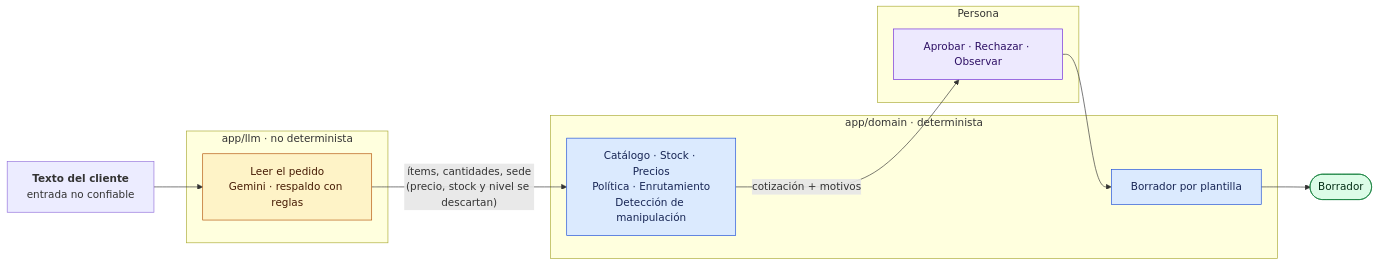
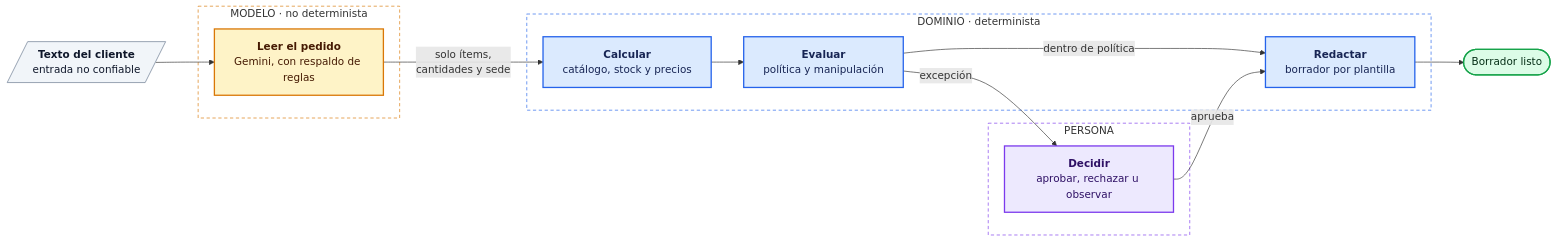
One commit to guisa17/quoteflow changed the first of 2 diagrams in README.md. Above: the diagram before and after it, drawn with Mermaid. The commit also changed other lines of this file and 1 other file, not shown here.

First line of the commit message:
docs(readme): rediseña los diagramas y simplifica la autoría

````diff
--- a/README.md
+++ b/README.md
@@ -109,32 +109,40 @@
 ```mermaid
 flowchart LR
-    texto["<b>Texto del cliente</b><br/>entrada no confiable"]
+    texto[/"<b>Texto del cliente</b><br/>entrada no confiable"/]
 
-    subgraph llm["app/llm · no determinista"]
-        interpretar["Leer el pedido<br/>Gemini · respaldo con reglas"]
+    subgraph modelo["MODELO · no determinista"]
+        leer["<b>Leer el pedido</b><br/>Gemini, con respaldo de reglas"]
     end
 
-    subgraph dominio["app/domain · determinista"]
-        reglas["Catálogo · Stock · Precios<br/>Política · Enrutamiento<br/>Detección de manipulación"]
-        redactar["Borrador por plantilla"]
+    subgraph dominio["DOMINIO · determinista"]
+        calcular["<b>Calcular</b><br/>catálogo, stock y precios"]
+        evaluar["<b>Evaluar</b><br/>política y manipulación"]
+        redactar["<b>Redactar</b><br/>borrador por plantilla"]
     end
 
-    subgraph humano["Persona"]
-        decidir["Aprobar · Rechazar · Observar"]
+    subgraph persona["PERSONA"]
+        aprobar["<b>Decidir</b><br/>aprobar, rechazar u observar"]
     end
 
-    texto --> interpretar
-    interpretar -->|"ítems, cantidades, sede<br/>(precio, stock y nivel se descartan)"| reglas
-    reglas -->|"cotización + motivos"| decidir
-    decidir --> redactar
-    redactar --> borrador(["Borrador"])
+    texto --> leer
+    leer -->|"solo ítems,<br/>cantidades y sede"| calcular
+    calcular --> evaluar
+    evaluar -->|"dentro de política"| redactar
+    evaluar -->|"excepción"| aprobar
+    aprobar -->|"aprueba"| redactar
+    redactar --> borrador(["Borrador listo"])
 
-    classDef llmc fill:#fef3c7,stroke:#b45309,color:#451a03
-    classDef detc fill:#dbeafe,stroke:#1d4ed8,color:#172554
-    classDef humc fill:#ede9fe,stroke:#6d28d9,color:#2e1065
-    classDef outc fill:#dcfce7,stroke:#15803d,color:#052e16
-    class interpretar llmc
-    class reglas,redactar detc
-    class decidir humc
-    class borrador outc
+    classDef entrada fill:#f1f5f9,stroke:#64748b,color:#0f172a
+    classDef llm fill:#fef3c7,stroke:#d97706,stroke-width:2px,color:#451a03
+    classDef det fill:#dbeafe,stroke:#2563eb,stroke-width:2px,color:#172554
+    classDef hum fill:#ede9fe,stroke:#7c3aed,stroke-width:2px,color:#2e1065
+    classDef ok fill:#dcfce7,stroke:#16a34a,stroke-width:2px,color:#052e16
+    class texto entrada
+    class leer llm
+    class calcular,evaluar,redactar det
+    class aprobar hum
+    class borrador ok
+    style modelo fill:transparent,stroke:#d97706,stroke-dasharray:5 4
+    style dominio fill:transparent,stroke:#2563eb,stroke-dasharray:5 4
+    style persona fill:transparent,stroke:#7c3aed,stroke-dasharray:5 4
 ```
````
